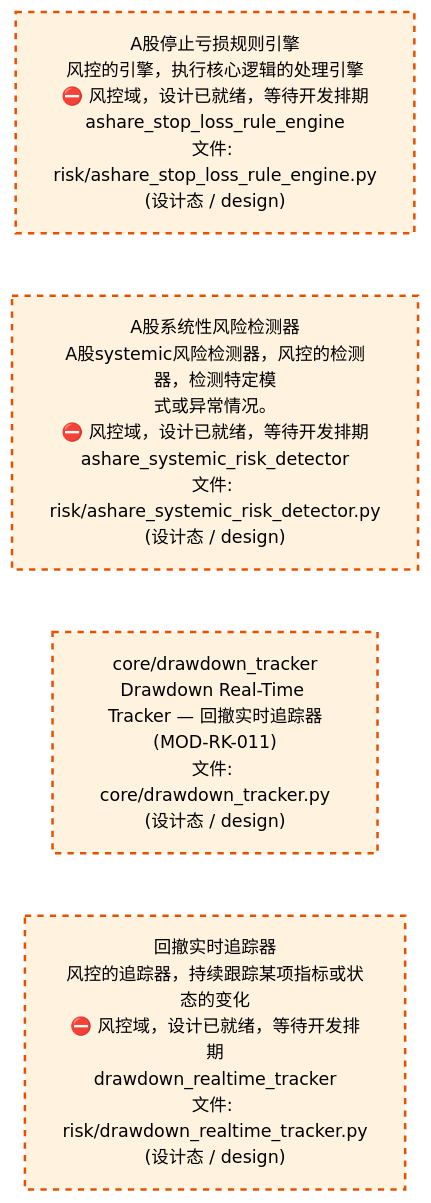
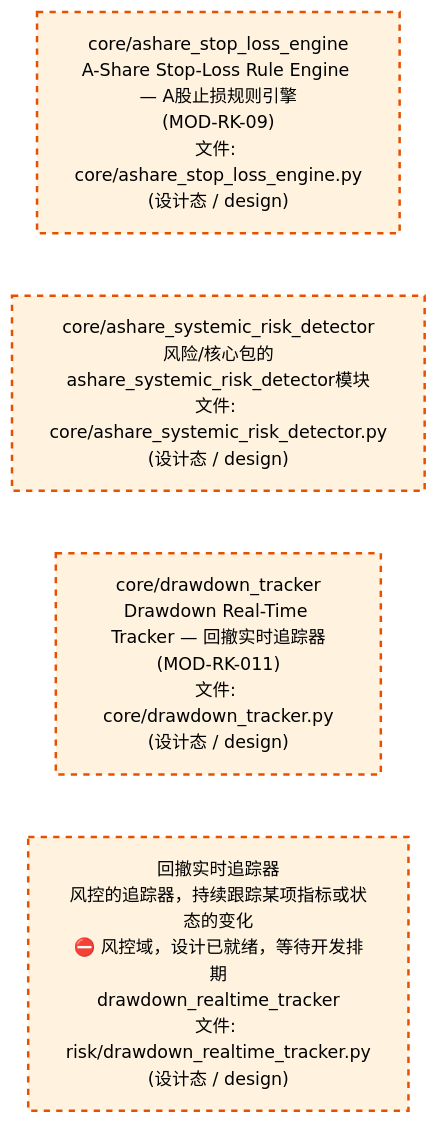
One commit to xuanFelixVan/ZephyrAlpha changed the third of 4 diagrams in docs/02_enterprise_architecture/02_domain_architecture_docs/65_d_risk.md. Above: the diagram before and after it, drawn with Mermaid. The commit also changed other lines of this file and 6 other files, not shown here.

````diff
--- a/docs/02_enterprise_architecture/02_domain_architecture_docs/65_d_risk.md
+++ b/docs/02_enterprise_architecture/02_domain_architecture_docs/65_d_risk.md
@@ -200,16 +201,16 @@
 ```mermaid
 %%{init: {'theme': 'base', 'themeVariables': {'primaryColor': '#eaeaea', 'primaryTextColor': '#333333', 'primaryBorderColor': '#666666', 'lineColor': '#666666', 'secondaryColor': '#eaeaea', 'tertiaryColor': '#eaeaea', 'fontSize': '14px'}}}%%
 flowchart TD
-    src_zephyr_risk_ashare_stop_loss_rule_engine_py["A股停止亏损规则引擎<br/>风控的引擎，执行核心逻辑的处理引擎<br/>⛔ 风控域，设计已就绪，等待开发排期<br/>ashare_stop_loss_rule_engine<br/>文件: risk/ashare_stop_loss_rule_engine.py<br/>(设计态 / design)"]
-    src_zephyr_risk_ashare_systemic_risk_detector_py["A股系统性风险检测器<br/>A股systemic风险检测器，风控的检测器，检测特定模<br/>式或异常情况。<br/>⛔ 风控域，设计已就绪，等待开发排期<br/>ashare_systemic_risk_detector<br/>文件: risk/ashare_systemic_risk_detector.py<br/>(设计态 / design)"]
+    src_zephyr_risk_core_ashare_stop_loss_engine_py["core/ashare_stop_loss_engine<br/>A-Share Stop-Loss Rule Engine — A股止损规则引擎<br/>(MOD-RK-09)<br/>文件: core/ashare_stop_loss_engine.py<br/>(设计态 / design)"]
+    src_zephyr_risk_core_ashare_systemic_risk_detector_py["core/ashare_systemic_risk_detector<br/>风险/核心包的ashare_systemic_risk_detector模块<br/>文件: core/ashare_systemic_risk_detector.py<br/>(设计态 / design)"]
     src_zephyr_risk_core_drawdown_tracker_py["core/drawdown_tracker<br/>Drawdown Real-Time Tracker — 回撤实时追踪器<br/>(MOD-RK-011)<br/>文件: core/drawdown_tracker.py<br/>(设计态 / design)"]
     src_zephyr_risk_drawdown_realtime_tracker_py["回撤实时追踪器<br/>风控的追踪器，持续跟踪某项指标或状态的变化<br/>⛔ 风控域，设计已就绪，等待开发排期<br/>drawdown_realtime_tracker<br/>文件: risk/drawdown_realtime_tracker.py<br/>(设计态 / design)"]
-    src_zephyr_risk_ashare_stop_loss_rule_engine_py ~~~ src_zephyr_risk_ashare_systemic_risk_detector_py
-    src_zephyr_risk_ashare_systemic_risk_detector_py ~~~ src_zephyr_risk_core_drawdown_tracker_py
+    src_zephyr_risk_core_ashare_stop_loss_engine_py ~~~ src_zephyr_risk_core_ashare_systemic_risk_detector_py
+    src_zephyr_risk_core_ashare_systemic_risk_detector_py ~~~ src_zephyr_risk_core_drawdown_tracker_py
     src_zephyr_risk_core_drawdown_tracker_py ~~~ src_zephyr_risk_drawdown_realtime_tracker_py
     classDef production fill:#e1f5fe,stroke:#01579b,stroke-width:2px,color:#000
     classDef design fill:#fff3e0,stroke:#e65100,stroke-width:2px,color:#000,stroke-dasharray: 5 5
     classDef external_prod fill:#e8f4fd,stroke:#0277bd,stroke-width:1px,color:#000
     classDef external_design fill:#fff8e7,stroke:#ef6c00,stroke-width:1px,color:#000,stroke-dasharray: 5 5
-    class src_zephyr_risk_ashare_stop_loss_rule_engine_py,src_zephyr_risk_ashare_systemic_risk_detector_py,src_zephyr_risk_core_drawdown_tracker_py,src_zephyr_risk_drawdown_realtime_tracker_py design
+    class src_zephyr_risk_core_ashare_stop_loss_engine_py,src_zephyr_risk_core_ashare_systemic_risk_detector_py,src_zephyr_risk_core_drawdown_tracker_py,src_zephyr_risk_drawdown_realtime_tracker_py design
 ```
````
